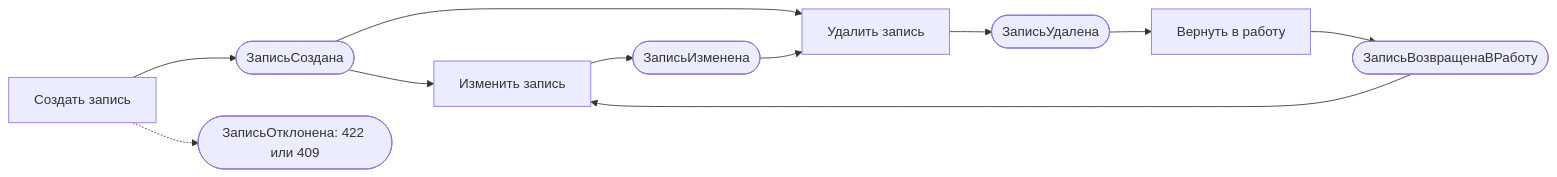
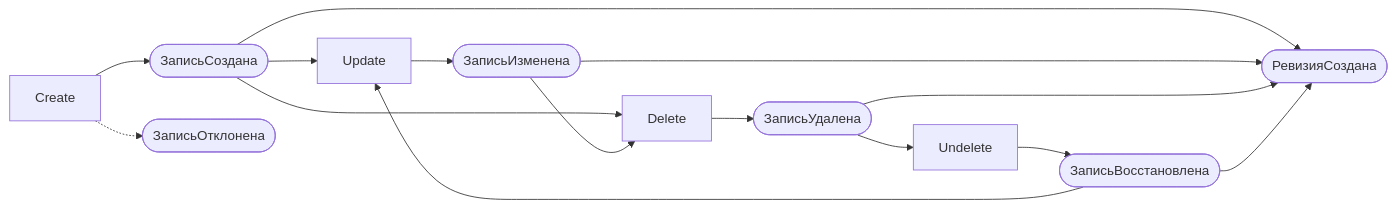
Before and after one commit to MEPhI-C22-501/arch-info-system-monorepo: the second of 2 diagrams in reference-manager/docs/block-b-domain-analysis/040.event-storming.md, drawn with Mermaid. The commit also changed other lines of this file and 30 other files, not shown here.

````diff
--- a/reference-manager/docs/block-b-domain-analysis/040.event-storming.md
+++ b/reference-manager/docs/block-b-domain-analysis/040.event-storming.md
@@ -56,13 +51,14 @@
 ```mermaid
 flowchart LR
-    C1["Создать запись"] --> E1(["ЗаписьСоздана"])
-    C1 -.-> X1(["ЗаписьОтклонена: 422 или 409"])
-    E1 --> C2["Изменить запись"]
+    C1["Create"] --> E1(["ЗаписьСоздана"])
+    C1 -.-> X1(["ЗаписьОтклонена"])
+    E1 --> C2["Update"]
     C2 --> E2(["ЗаписьИзменена"])
-    E1 --> C3["Удалить запись"]
+    E1 --> C3["Delete"]
     E2 --> C3
     C3 --> E3(["ЗаписьУдалена"])
-    E3 --> C4["Вернуть в работу"]
-    C4 --> E4(["ЗаписьВозвращенаВРаботу"])
+    E3 --> C4["Undelete"]
+    C4 --> E4(["ЗаписьВосстановлена"])
     E4 --> C2
+    E1 & E2 & E3 & E4 --> R(["РевизияСоздана"])
 ```
````
